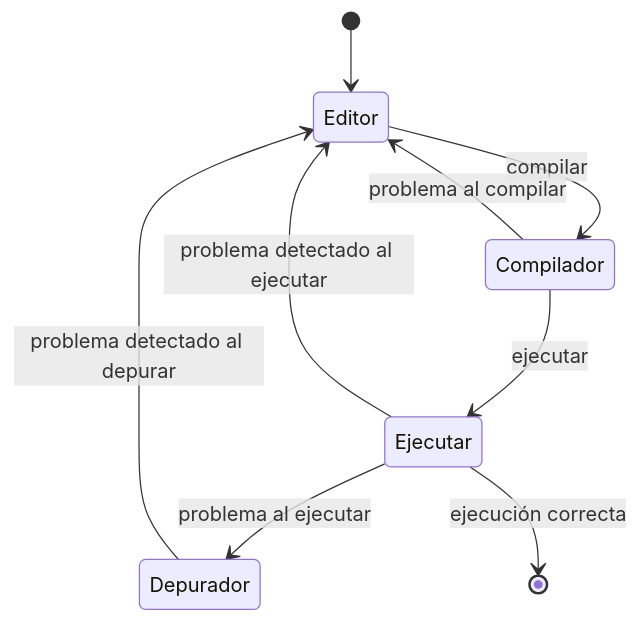
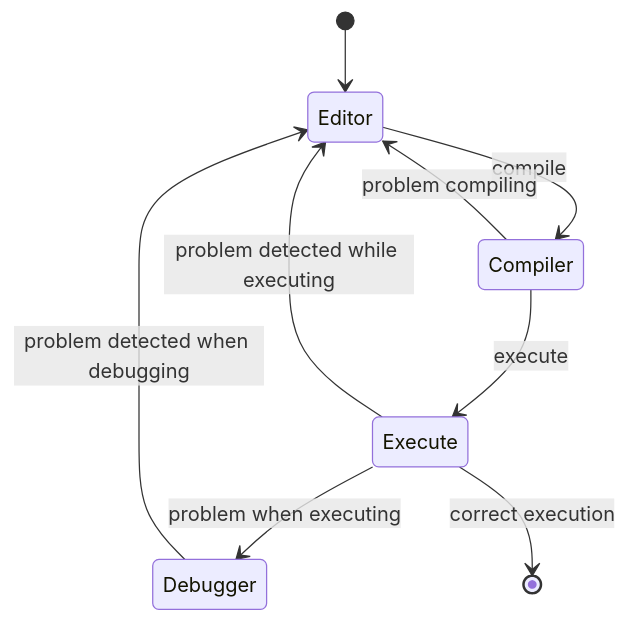
Before and after one commit to acaldero/uc3m_ds: the second of 3 diagrams in materials/topic-candmake/ssdd_c.md, drawn with Mermaid. The commit also changed other lines of this file, not shown here.

````diff
--- a/materials/topic-candmake/ssdd_c.md
+++ b/materials/topic-candmake/ssdd_c.md
@@ -128,17 +128,17 @@
-  ```mermaid
+```mermaid
     stateDiagram-v2
     direction TB
     state "Editor"       as s_edit
-    state "Compilador"   as s_cc
-    state "Ejecutar"     as s_exe
-    state "Depurador"    as s_dbg
-
+    state "Compiler"   as s_cc
+    state "Execute"     as s_exe
+    state "Debugger"    as s_dbg
+    
     [*]       --> s_edit
-    s_edit    --> s_cc:     compilar
-    s_cc      --> s_edit:   problema al compilar
-    s_cc      --> s_exe:    ejecutar
-    s_exe     --> s_edit:   problema detectado al ejecutar
-    s_exe     --> s_dbg:    problema al ejecutar
-    s_dbg     --> s_edit:   problema detectado al depurar
-    s_exe     --> [*]:      ejecución correcta
-  ```
+    s_edit    --> s_cc:     compile
+    s_cc      --> s_edit:   problem compiling
+    s_cc      --> s_exe:    execute
+    s_exe     --> s_edit:   problem detected while executing
+    s_exe     --> s_dbg:    problem when executing
+    s_dbg     --> s_edit:   problem detected when debugging
+    s_exe     --> [*]:      correct execution
+```
````
